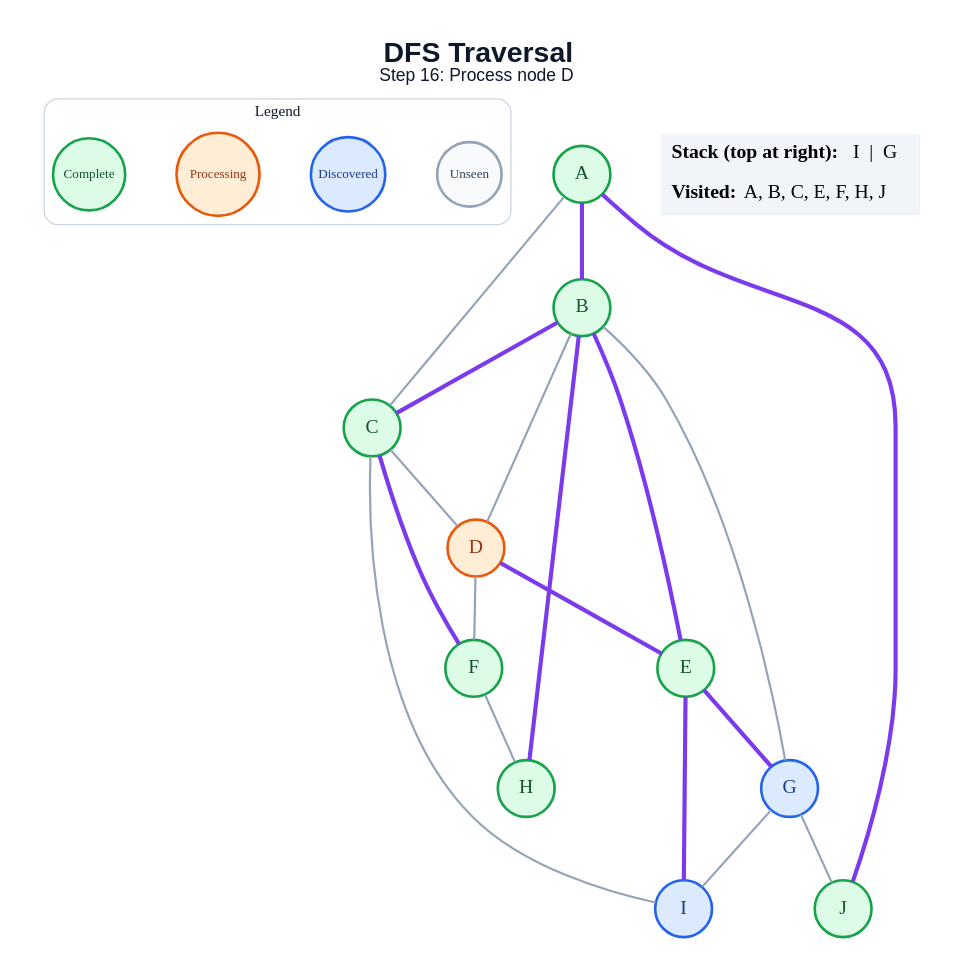
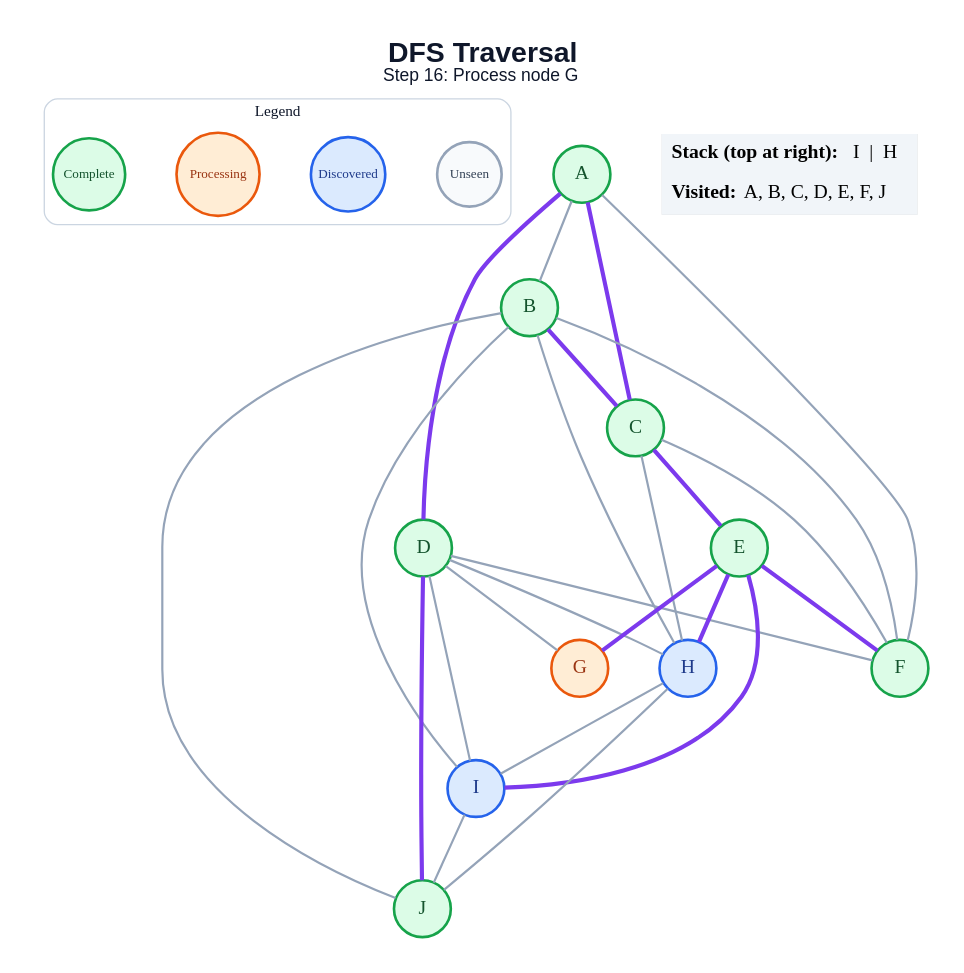
Before and after one commit to amanghodawala9/ai-slop: the diagram in generated/specific-node/dfs/step_16.dot, drawn with Graphviz. The commit also changed 178 other files, not shown here.

```diff
--- a/generated/specific-node/dfs/step_16.dot
+++ b/generated/specific-node/dfs/step_16.dot
@@ -1,47 +1,53 @@
 graph traversal {
   graph [layout=dot, rankdir=TB, bgcolor="#FFFFFF", pad="0.35", nodesep="0.65", ranksep="0.8", fontname="Arial"];
   node [shape=circle, style="filled", fontname="Arial Bold", fontsize=18, width=0.72, fixedsize=true, penwidth=2.4];
   edge [color="#94A3B8", penwidth=2.0];
-  label=<<B>DFS Traversal</B><BR/><FONT POINT-SIZE="16">Step 16: Process node D</FONT>>; labelloc="t"; fontsize=26; fontname="Arial"; fontcolor="#0F172A";
+  label=<<B>DFS Traversal</B><BR/><FONT POINT-SIZE="16">Step 16: Process node G</FONT>>; labelloc="t"; fontsize=26; fontname="Arial"; fontcolor="#0F172A";
   subgraph cluster_legend { label="Legend"; color="#CBD5E1"; penwidth=1.2; style="rounded"; fontsize=14; fontname="Arial Bold";
     key_unseen [label="Unseen", fillcolor="#F8FAFC", color="#94A3B8", fontcolor="#334155", fontsize=12, width=0.82];
     key_frontier [label="Discovered", fillcolor="#DBEAFE", color="#2563EB", fontcolor="#1E3A8A", fontsize=12, width=0.95];
     key_current [label="Processing", fillcolor="#FFEDD5", color="#EA580C", fontcolor="#9A3412", fontsize=12, width=1.05];
     key_done [label="Complete", fillcolor="#DCFCE7", color="#16A34A", fontcolor="#14532D", fontsize=12, width=0.92];
     { rank=same; key_unseen; key_frontier; key_current; key_done; }
   }
   A [fillcolor="#DCFCE7", color="#16A34A", fontcolor="#14532D"];
   B [fillcolor="#DCFCE7", color="#16A34A", fontcolor="#14532D"];
   C [fillcolor="#DCFCE7", color="#16A34A", fontcolor="#14532D"];
-  D [fillcolor="#FFEDD5", color="#EA580C", fontcolor="#9A3412"];
+  D [fillcolor="#DCFCE7", color="#16A34A", fontcolor="#14532D"];
   E [fillcolor="#DCFCE7", color="#16A34A", fontcolor="#14532D"];
   F [fillcolor="#DCFCE7", color="#16A34A", fontcolor="#14532D"];
-  G [fillcolor="#DBEAFE", color="#2563EB", fontcolor="#1E3A8A"];
-  H [fillcolor="#DCFCE7", color="#16A34A", fontcolor="#14532D"];
+  G [fillcolor="#FFEDD5", color="#EA580C", fontcolor="#9A3412"];
+  H [fillcolor="#DBEAFE", color="#2563EB", fontcolor="#1E3A8A"];
   I [fillcolor="#DBEAFE", color="#2563EB", fontcolor="#1E3A8A"];
   J [fillcolor="#DCFCE7", color="#16A34A", fontcolor="#14532D"];
-  A -- B [color="#7C3AED", penwidth=3.8];
-  A -- C;
-  A -- J [color="#7C3AED", penwidth=3.8];
+  A -- B;
+  A -- C [color="#7C3AED", penwidth=3.8];
+  A -- D [color="#7C3AED", penwidth=3.8];
+  A -- F;
   B -- C [color="#7C3AED", penwidth=3.8];
-  B -- D;
-  B -- E [color="#7C3AED", penwidth=3.8];
-  B -- G;
-  B -- H [color="#7C3AED", penwidth=3.8];
-  C -- D;
-  C -- F [color="#7C3AED", penwidth=3.8];
-  C -- I;
-  D -- E [color="#7C3AED", penwidth=3.8];
+  B -- F;
+  B -- H;
+  B -- I;
+  B -- J;
+  C -- E [color="#7C3AED", penwidth=3.8];
+  C -- F;
+  C -- H;
   D -- F;
+  D -- G;
+  D -- H;
+  D -- I;
+  D -- J [color="#7C3AED", penwidth=3.8];
+  E -- F [color="#7C3AED", penwidth=3.8];
   E -- G [color="#7C3AED", penwidth=3.8];
+  E -- H [color="#7C3AED", penwidth=3.8];
   E -- I [color="#7C3AED", penwidth=3.8];
-  F -- H;
-  G -- I;
-  G -- J;
+  H -- I;
+  H -- J;
+  I -- J;
   status [shape=plain, fixedsize=false, width=0, height=0, margin=0, label=<
     <TABLE BORDER="0" CELLBORDER="0" CELLPADDING="7" BGCOLOR="#F1F5F9">
-      <TR><TD ALIGN="LEFT"><B>Stack (top at right):</B> I  |  G</TD></TR>
-      <TR><TD ALIGN="LEFT"><B>Visited:</B> A, B, C, E, F, H, J</TD></TR>
+      <TR><TD ALIGN="LEFT"><B>Stack (top at right):</B> I  |  H</TD></TR>
+      <TR><TD ALIGN="LEFT"><B>Visited:</B> A, B, C, D, E, F, J</TD></TR>
     </TABLE>
   >];
 }
```
